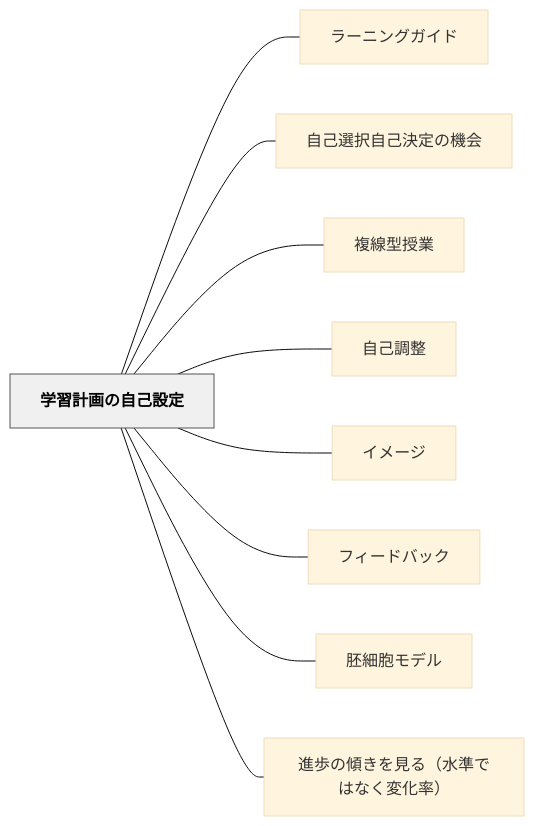
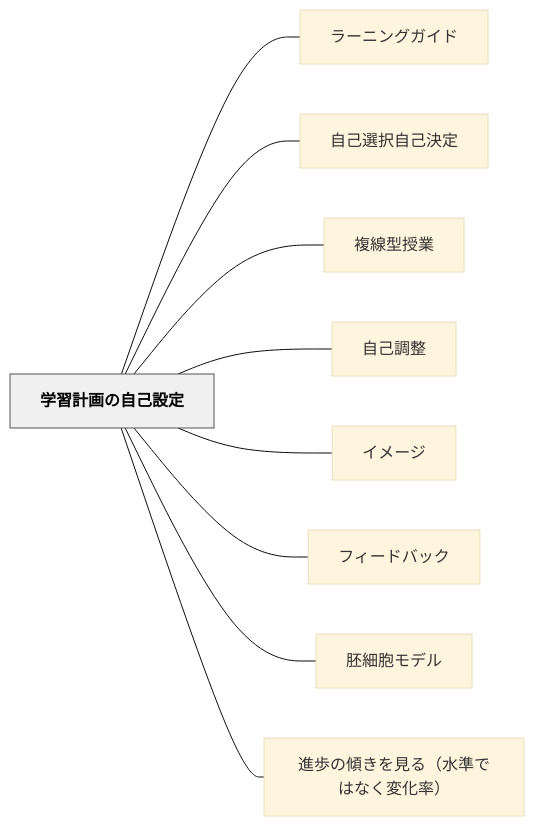
The diagram in content/パタン/学習計画の自己設定.md (unknownthings-ed-patterns/unknownthings-ed-patterns), drawn with Mermaid (base theme) before and after one commit. The commit also changed other lines of this file and 27 other files, not shown here.

````diff
--- a/content/パタン/学習計画の自己設定.md
+++ b/content/パタン/学習計画の自己設定.md
@@ -80,24 +80,24 @@
 ```mermaid
 flowchart LR
     ne5ada6e7bf92e8a888e794bbe381aee887aae5b7b1e8a8ade5ae9a["学習計画の自己設定"]
     ne383a9e383bce3838be383b3e382b0e382ace382a4e38389["ラーニングガイド"]
-    ne887aae5b7b1e981b8e68a9ee887aae5b7b1e6b1bae5ae9ae381aee6a99fe4bc9a["自己選択自己決定の機会"]
+    ne887aae5b7b1e981b8e68a9ee887aae5b7b1e6b1bae5ae9a["自己選択自己決定"]
     ne8a487e7b79ae59e8be68e88e6a5ad["複線型授業"]
     ne887aae5b7b1e8aabfe695b4["自己調整"]
     ne382a4e383a1e383bce382b8["イメージ"]
     ne38395e382a3e383bce38389e38390e38383e382af["フィードバック"]
     ne8839ae7b4b0e8839ee383a2e38387e383ab["胚細胞モデル"]
     ne980b2e6ada9e381aee582bee3818de38292e8a68be3828befbc88e6b0b4e6ba96e381a7e381afe381aae3818fe5a489e58c96e78e87efbc89["進歩の傾きを見る（水準ではなく変化率）"]
 
     ne5ada6e7bf92e8a888e794bbe381aee887aae5b7b1e8a8ade5ae9a --- ne383a9e383bce3838be383b3e382b0e382ace382a4e38389
-    ne5ada6e7bf92e8a888e794bbe381aee887aae5b7b1e8a8ade5ae9a --- ne887aae5b7b1e981b8e68a9ee887aae5b7b1e6b1bae5ae9ae381aee6a99fe4bc9a
+    ne5ada6e7bf92e8a888e794bbe381aee887aae5b7b1e8a8ade5ae9a --- ne887aae5b7b1e981b8e68a9ee887aae5b7b1e6b1bae5ae9a
     ne5ada6e7bf92e8a888e794bbe381aee887aae5b7b1e8a8ade5ae9a --- ne8a487e7b79ae59e8be68e88e6a5ad
     ne5ada6e7bf92e8a888e794bbe381aee887aae5b7b1e8a8ade5ae9a --- ne887aae5b7b1e8aabfe695b4
     ne5ada6e7bf92e8a888e794bbe381aee887aae5b7b1e8a8ade5ae9a --- ne382a4e383a1e383bce382b8
     ne5ada6e7bf92e8a888e794bbe381aee887aae5b7b1e8a8ade5ae9a --- ne38395e382a3e383bce38389e38390e38383e382af
     ne5ada6e7bf92e8a888e794bbe381aee887aae5b7b1e8a8ade5ae9a --- ne8839ae7b4b0e8839ee383a2e38387e383ab
     ne5ada6e7bf92e8a888e794bbe381aee887aae5b7b1e8a8ade5ae9a --- ne980b2e6ada9e381aee582bee3818de38292e8a68be3828befbc88e6b0b4e6ba96e381a7e381afe381aae3818fe5a489e58c96e78e87efbc89
 
     classDef hub fill:#f0f0f0,stroke:#555,color:#000,font-weight:bold
     class ne5ada6e7bf92e8a888e794bbe381aee887aae5b7b1e8a8ade5ae9a hub
 ```
````
